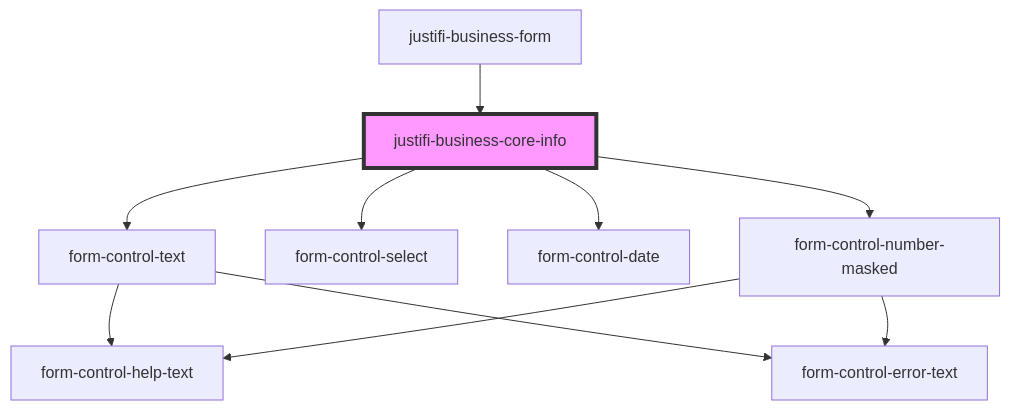
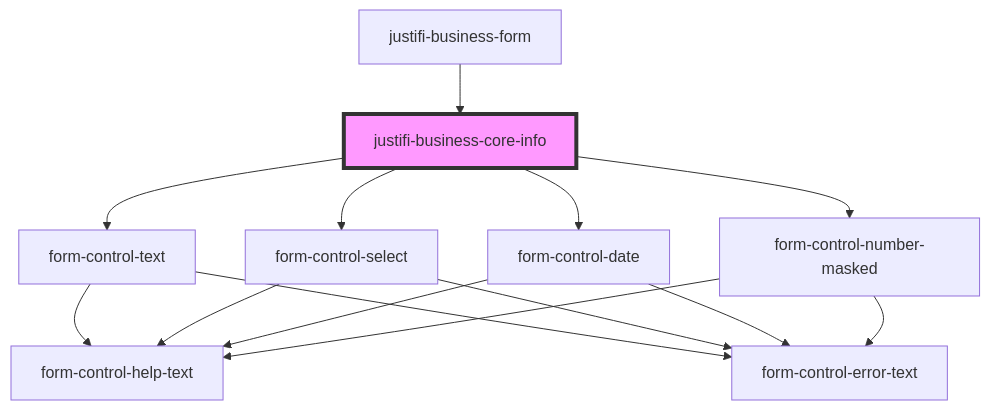
The diagram in packages/webcomponents/src/components/business-forms/business-form/business-core-info/readme.md (justifi-tech/web-component-library), drawn with Mermaid before and after one commit. The commit also changed 13 other files, not shown here.

````diff
--- a/packages/webcomponents/src/components/business-forms/business-form/business-core-info/readme.md
+++ b/packages/webcomponents/src/components/business-forms/business-form/business-core-info/readme.md
@@ -35,13 +35,17 @@
 ```mermaid
 graph TD;
   justifi-business-core-info --> form-control-text
   justifi-business-core-info --> form-control-select
   justifi-business-core-info --> form-control-date
   justifi-business-core-info --> form-control-number-masked
   form-control-text --> form-control-help-text
   form-control-text --> form-control-error-text
+  form-control-select --> form-control-help-text
+  form-control-select --> form-control-error-text
+  form-control-date --> form-control-help-text
+  form-control-date --> form-control-error-text
   form-control-number-masked --> form-control-help-text
   form-control-number-masked --> form-control-error-text
   justifi-business-form --> justifi-business-core-info
   style justifi-business-core-info fill:#f9f,stroke:#333,stroke-width:4px
 ```
````
